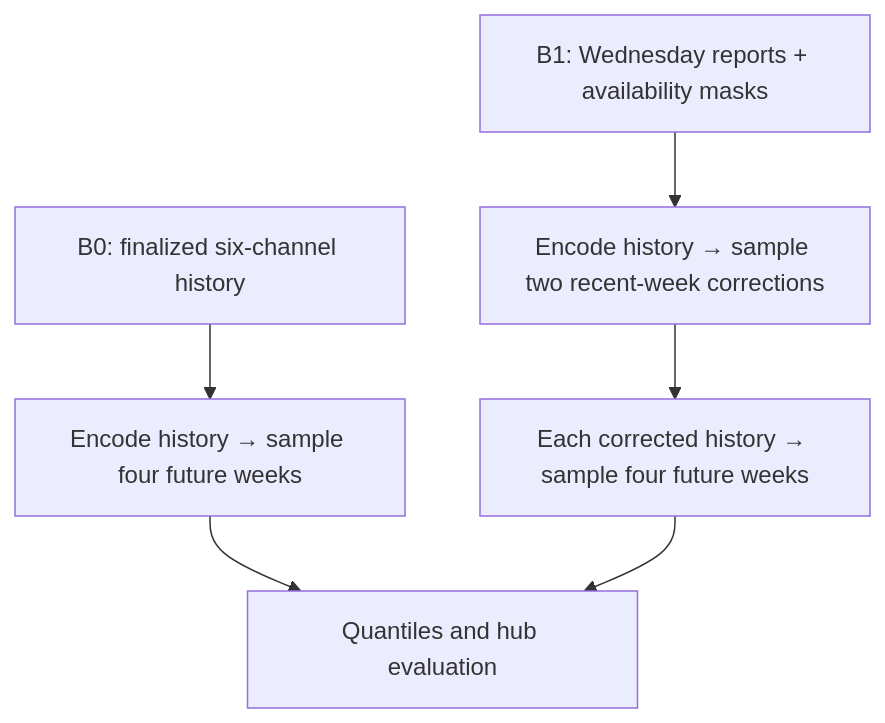
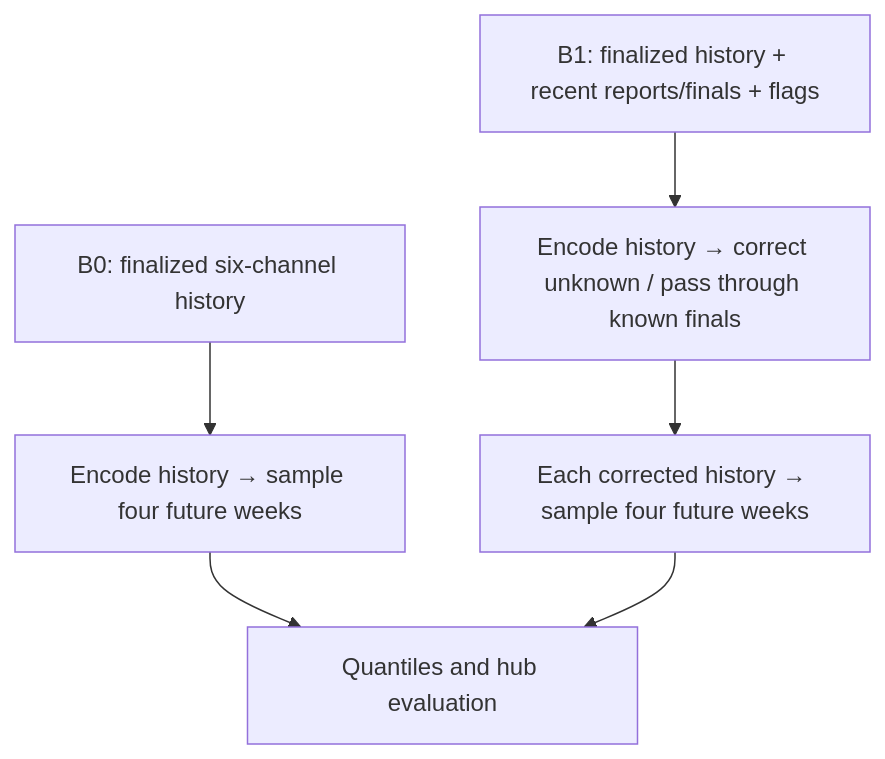
Before and after one commit to ACCIDDA/tapestry: the third of 3 diagrams in docs/design/architecture.md, drawn with Mermaid. The commit also changed other lines of this file and 36 other files, not shown here.

````diff
--- a/docs/design/architecture.md
+++ b/docs/design/architecture.md
@@ -102,8 +104,8 @@
 ```mermaid
 flowchart TD
     A["B0: finalized six-channel history"] --> B["Encode history → sample four future weeks"]
-    C["B1: Wednesday reports + availability masks"] --> D["Encode history → sample two recent-week corrections"]
+    C["B1: finalized history + recent reports/finals + flags"] --> D["Encode history → correct unknown / pass through known finals"]
     D --> E["Each corrected history → sample four future weeks"]
     B --> F["Quantiles and hub evaluation"]
     E --> F
 ```
````
